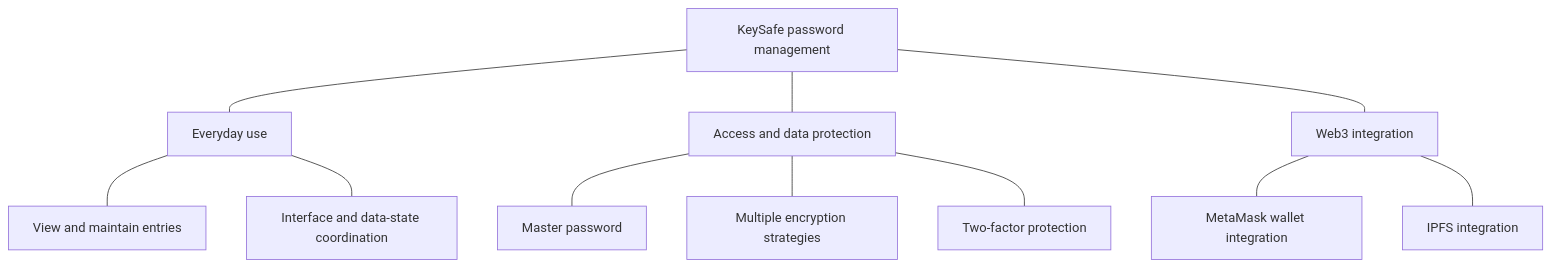
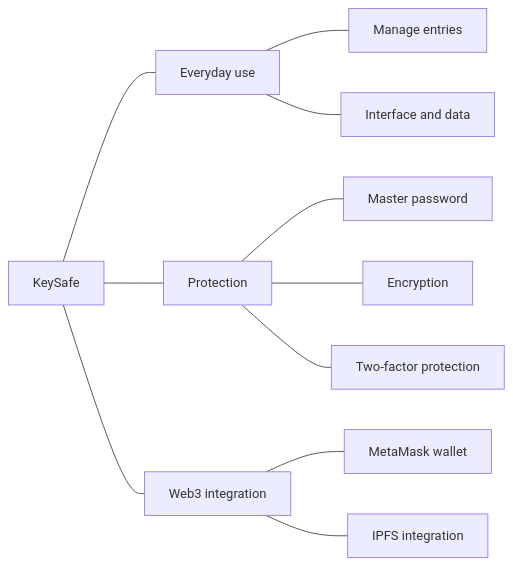
One commit to cytlabs/personal-site changed the first of 2 diagrams in content/en/cases/keysafe-password-manager.md. Above: the diagram before and after it, drawn with Mermaid. The commit also changed other lines of this file and 17 other files, not shown here.

First line of the commit message:
统一图表排版、主题和大图查看 (#15)

````diff
--- a/content/en/cases/keysafe-password-manager.md
+++ b/content/en/cases/keysafe-password-manager.md
@@ -17,13 +17,13 @@
 ```mermaid
-flowchart TD
-    P["KeySafe password management"] --- U["Everyday use"]
-    P --- S["Access and data protection"]
+flowchart LR
+    P["KeySafe"] --- U["Everyday use"]
+    P --- S["Protection"]
     P --- I["Web3 integration"]
-    U --- V["View and maintain entries"]
-    U --- D["Interface and data-state coordination"]
+    U --- V["Manage entries"]
+    U --- D["Interface and data"]
     S --- M["Master password"]
-    S --- E["Multiple encryption strategies"]
+    S --- E["Encryption"]
     S --- T["Two-factor protection"]
-    I --- W["MetaMask wallet integration"]
+    I --- W["MetaMask wallet"]
     I --- F["IPFS integration"]
 ```
````
